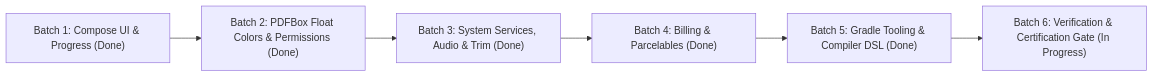
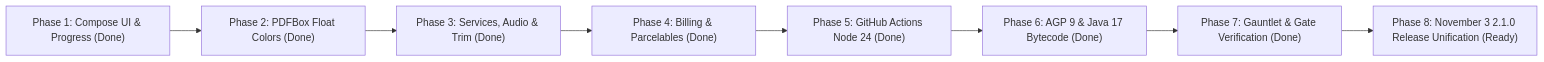
Before and after one commit to kiss2oblivion/pdfchemy-android: the diagram in PDFCHEMY_211_MODERNIZATION_EXECUTION_PLAN.md, drawn with Mermaid. The commit also changed other lines of this file and 1 other file, not shown here.

Commit message:
docs(modernization): deliver final deprecation report and unified 2.1.0 release plan for Issue #18

````diff
--- a/PDFCHEMY_211_MODERNIZATION_EXECUTION_PLAN.md
+++ b/PDFCHEMY_211_MODERNIZATION_EXECUTION_PLAN.md
@@ -15,8 +15,10 @@
 ```mermaid
 flowchart LR
-    B1["Batch 1: Compose UI & Progress (Done)"] --> B2["Batch 2: PDFBox Float Colors & Permissions (Done)"]
-    B2 --> B3["Batch 3: System Services, Audio & Trim (Done)"]
-    B3 --> B4["Batch 4: Billing & Parcelables (Done)"]
-    B4 --> B5["Batch 5: Gradle Tooling & Compiler DSL (Done)"]
-    B5 --> B6["Batch 6: Verification & Certification Gate (In Progress)"]
+    B1["Phase 1: Compose UI & Progress (Done)"] --> B2["Phase 2: PDFBox Float Colors (Done)"]
+    B2 --> B3["Phase 3: Services, Audio & Trim (Done)"]
+    B3 --> B4["Phase 4: Billing & Parcelables (Done)"]
+    B4 --> B5["Phase 5: GitHub Actions Node 24 (Done)"]
+    B5 --> B6["Phase 6: AGP 9 & Java 17 Bytecode (Done)"]
+    B6 --> B7["Phase 7: Gauntlet & Gate Verification (Done)"]
+    B7 --> B8["Phase 8: November 3 2.1.0 Release Unification (Ready)"]
 ```
````
